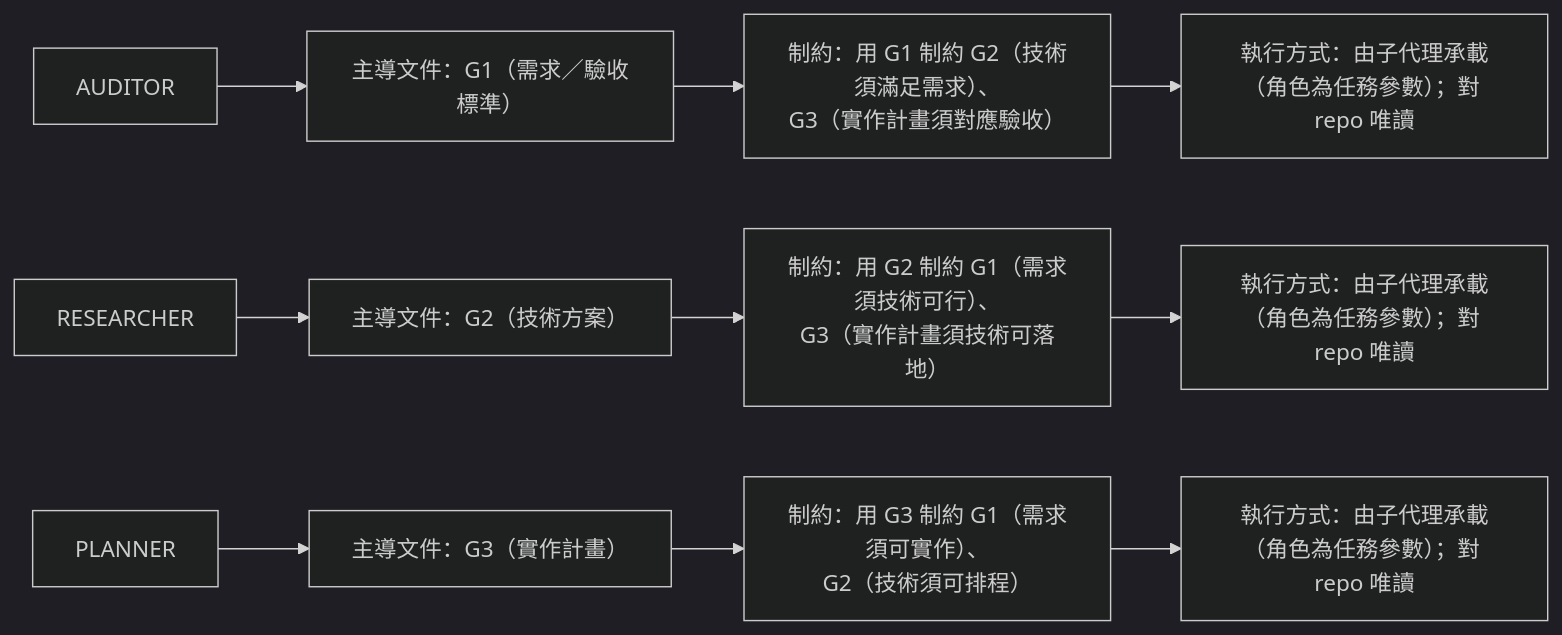
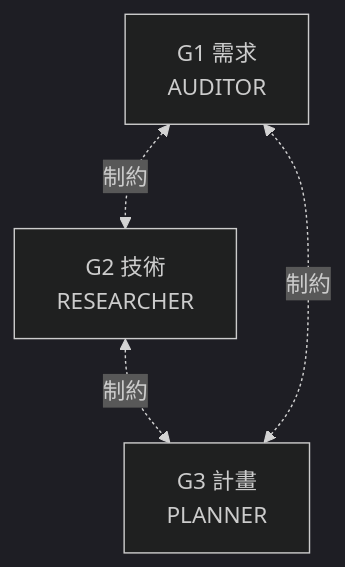
Before and after one commit to teps3105/shiftblame: the seventh of 9 diagrams in skills/shiftblame/SKILL.md, drawn with Mermaid (dark theme). The commit also changed other lines of this file and 12 other files, not shown here.

Commit message:
fix: 消除流水帳圖、範本改架構圖加文字內容

````diff
--- a/skills/shiftblame/SKILL.md
+++ b/skills/shiftblame/SKILL.md
@@ -276,12 +247,6 @@
 ```mermaid
-flowchart LR
-    AUD["AUDITOR"] --> AUDF["主導文件：G1（需求／驗收標準）"]
-    AUDF --> AUC["制約：用 G1 制約 G2（技術須滿足需求）、<br/>G3（實作計畫須對應驗收）"]
-    AUC --> AUE["執行方式：由子代理承載（角色為任務參數）；對 repo 唯讀"]
-    RES["RESEARCHER"] --> RESF["主導文件：G2（技術方案）"]
-    RESF --> REC["制約：用 G2 制約 G1（需求須技術可行）、<br/>G3（實作計畫須技術可落地）"]
-    REC --> REE["執行方式：由子代理承載（角色為任務參數）；對 repo 唯讀"]
-    PLA["PLANNER"] --> PLAF["主導文件：G3（實作計畫）"]
-    PLAF --> PLC["制約：用 G3 制約 G1（需求須可實作）、<br/>G2（技術須可排程）"]
-    PLC --> PLE["執行方式：由子代理承載（角色為任務參數）；對 repo 唯讀"]
+flowchart TB
+    G1["G1 需求<br/>AUDITOR"] <-.制約.-> G2["G2 技術<br/>RESEARCHER"]
+    G2 <-.制約.-> G3["G3 計畫<br/>PLANNER"]
+    G3 <-.制約.-> G1
 ```
````
